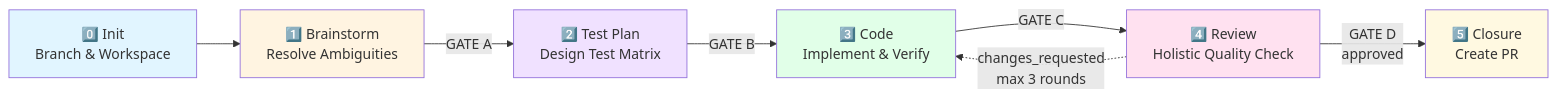
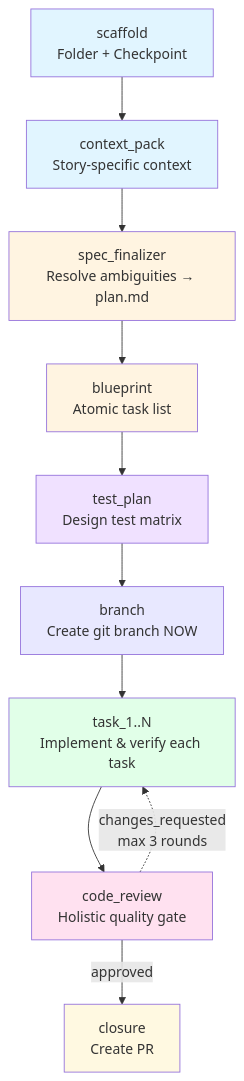
The diagram in plugins/arcus/skills/arcus-guide/assets/pipeline-explained.md (piyushbhargava1412/arcus-plugin), drawn with Mermaid before and after one commit. The commit also changed other lines of this file and 7 other files, not shown here.

````diff
--- a/plugins/arcus/skills/arcus-guide/assets/pipeline-explained.md
+++ b/plugins/arcus/skills/arcus-guide/assets/pipeline-explained.md
@@ -9,16 +16,22 @@
 ```mermaid
-graph LR
-    Init[0️⃣ Init<br/>Branch & Workspace] --> Brainstorm[1️⃣ Brainstorm<br/>Resolve Ambiguities]
-    Brainstorm -->|GATE A| TestPlan[2️⃣ Test Plan<br/>Design Test Matrix]
-    TestPlan -->|GATE B| Code[3️⃣ Code<br/>Implement & Verify]
-    Code -->|GATE C| Review[4️⃣ Review<br/>Holistic Quality Check]
-    Review -->|GATE D<br/>approved| Closure[5️⃣ Closure<br/>Create PR]
-    Review -.->|changes_requested<br/>max 3 rounds| Code
-    
-    style Init fill:#e1f5ff
-    style Brainstorm fill:#fff4e1
+graph TD
+    Scaffold[scaffold<br/>Folder + Checkpoint] --> ContextPack[context_pack<br/>Story-specific context]
+    ContextPack --> SpecFinalizer[spec_finalizer<br/>Resolve ambiguities → plan.md]
+    SpecFinalizer --> Blueprint[blueprint<br/>Atomic task list]
+    Blueprint --> TestPlan[test_plan<br/>Design test matrix]
+    TestPlan --> Branch[branch<br/>Create git branch NOW]
+    Branch --> Tasks[task_1..N<br/>Implement & verify each task]
+    Tasks --> CodeReview[code_review<br/>Holistic quality gate]
+    CodeReview -->|approved| Closure[closure<br/>Create PR]
+    CodeReview -.->|changes_requested<br/>max 3 rounds| Tasks
+
+    style Scaffold fill:#e1f5ff
+    style ContextPack fill:#e1f5ff
+    style SpecFinalizer fill:#fff4e1
+    style Blueprint fill:#fff4e1
     style TestPlan fill:#f0e1ff
-    style Code fill:#e1ffe8
-    style Review fill:#ffe1f0
+    style Branch fill:#e8e8ff
+    style Tasks fill:#e1ffe8
+    style CodeReview fill:#ffe1f0
     style Closure fill:#fff9e1
 ```
````
